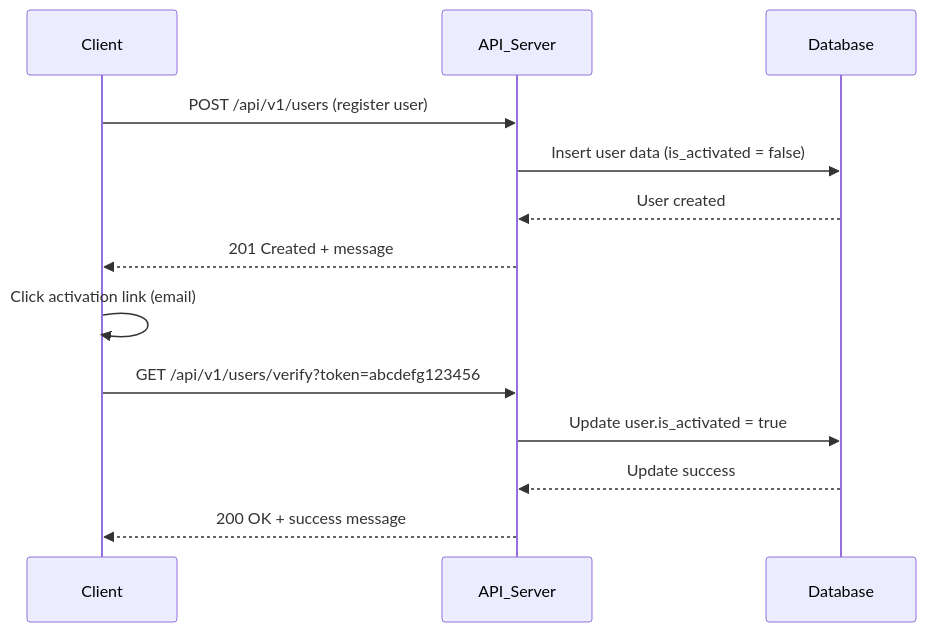
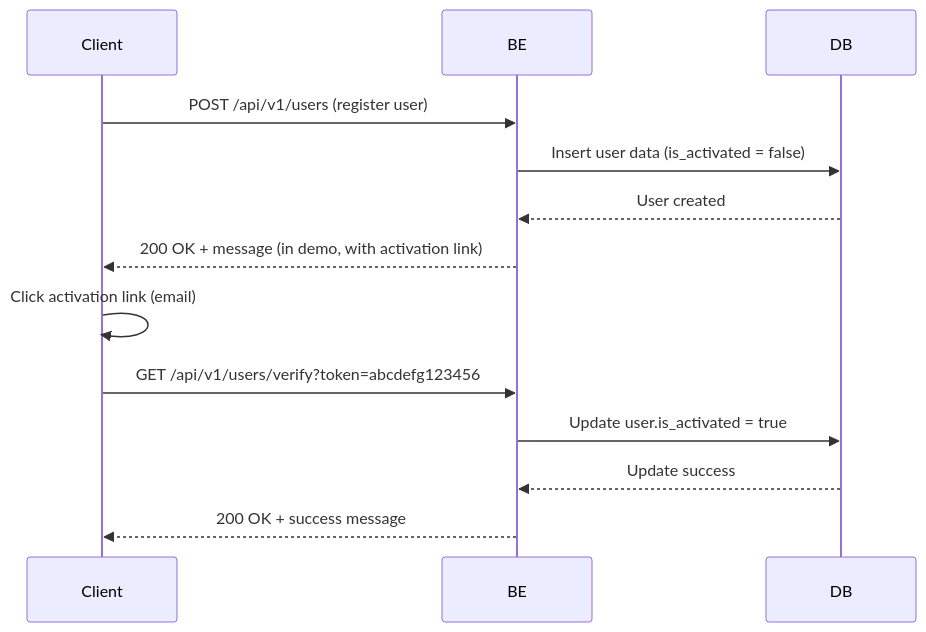
Before and after one commit to Anthya1104/glossika-be-oa-service: the diagram in doc/User_Registration.md, drawn with Mermaid. The commit also changed other lines of this file and 9 other files, not shown here.

Commit message:
doc:added readme.md, API docs and sql data

````diff
--- a/doc/User_Registration.md
+++ b/doc/User_Registration.md
@@ -5,17 +3,17 @@
 ```mermaid
 sequenceDiagram
     participant Client
-    participant API_Server
-    participant Database
+    participant BE
+    participant DB
 
-    Client->>API_Server: POST /api/v1/users (register user)
-    API_Server->>Database: Insert user data (is_activated = false)
-    Database-->>API_Server: User created
-    API_Server-->>Client: 201 Created + message
+    Client->>BE: POST /api/v1/users (register user)
+    BE->>DB: Insert user data (is_activated = false)
+    DB-->>BE: User created
+    BE-->>Client: 200 OK + message (in demo, with activation link)
 
     Client->>Client: Click activation link (email)
-    Client->>API_Server: GET /api/v1/users/verify?token=abcdefg123456
-    API_Server->>Database: Update user.is_activated = true
-    Database-->>API_Server: Update success
-    API_Server-->>Client: 200 OK + success message
+    Client->>BE: GET /api/v1/users/verify?token=abcdefg123456
+    BE->>DB: Update user.is_activated = true
+    DB-->>BE: Update success
+    BE-->>Client: 200 OK + success message
 ```
````
